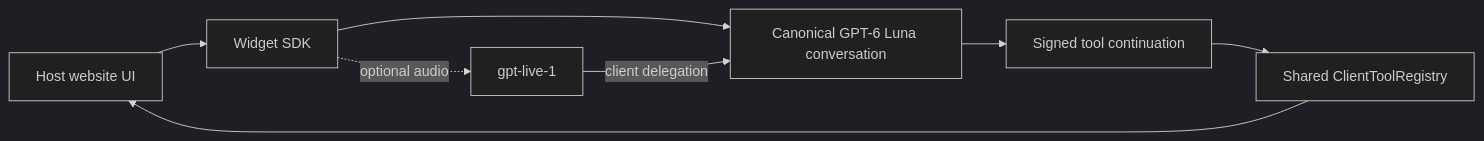
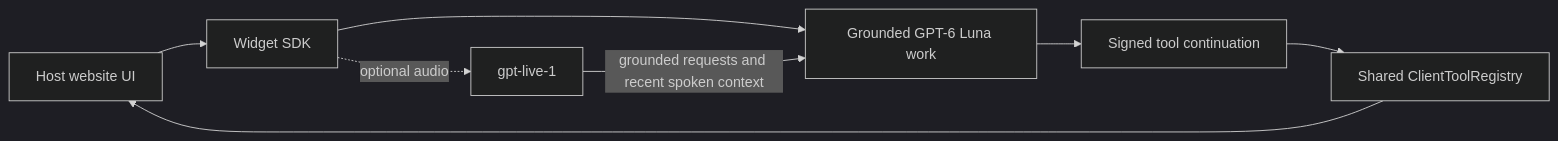
One commit to Get-Convinced/docs changed the diagram in guides/widget-sdk/overview.mdx. Above: the diagram before and after it, drawn with Mermaid (dark theme). The commit also changed other lines of this file and 18 other files, not shown here.

First line of the commit message:
Document Widget SDK 0.1.7 and client migration (#12)

````diff
--- a/guides/widget-sdk/overview.mdx
+++ b/guides/widget-sdk/overview.mdx
@@ -24,10 +27,10 @@
 ```mermaid
 flowchart LR
   UI[Host website UI] --> SDK[Widget SDK]
-  SDK --> Chat[Canonical GPT-6 Luna conversation]
+  SDK --> Chat[Grounded GPT-6 Luna work]
   SDK -. optional audio .-> Live[gpt-live-1]
-  Live -->|client delegation| Chat
+  Live -->|grounded requests and recent spoken context| Chat
   Chat --> Tools[Signed tool continuation]
   Tools --> Registry[Shared ClientToolRegistry]
   Registry --> UI
 ```
````
